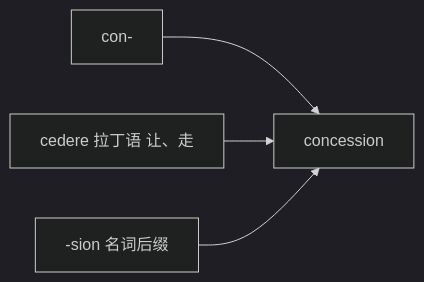
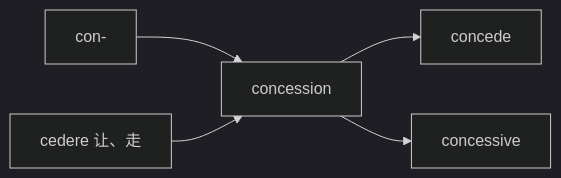
The fourth of 5 diagrams in slides_backup/托业单词/20260630/04.md (seki999/DialogueFlow), drawn with Mermaid (dark theme) before and after one commit. The commit also changed other lines of this file and 28 other files, not shown here.

````diff
--- a/slides_backup/托业单词/20260630/04.md
+++ b/slides_backup/托业单词/20260630/04.md
@@ -123,6 +157,7 @@
 ```mermaid
 flowchart LR
     A[con-] --> D[concession]
-    B[cedere 拉丁语 让、走] --> D
-    C[-sion 名词后缀] --> D
+    B[cedere 让、走] --> D
+    D --> E[concede]
+    D --> F[concessive]
 ```
````
